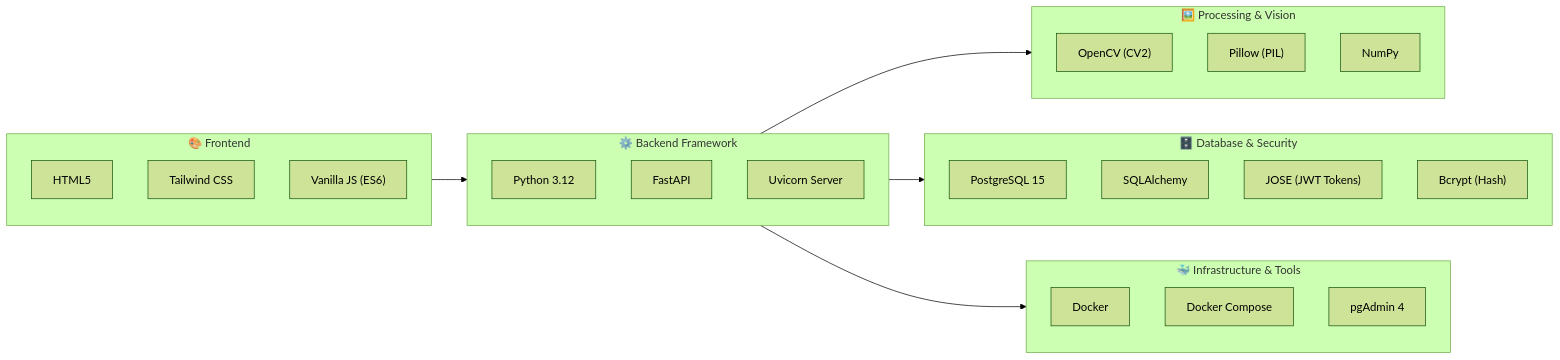
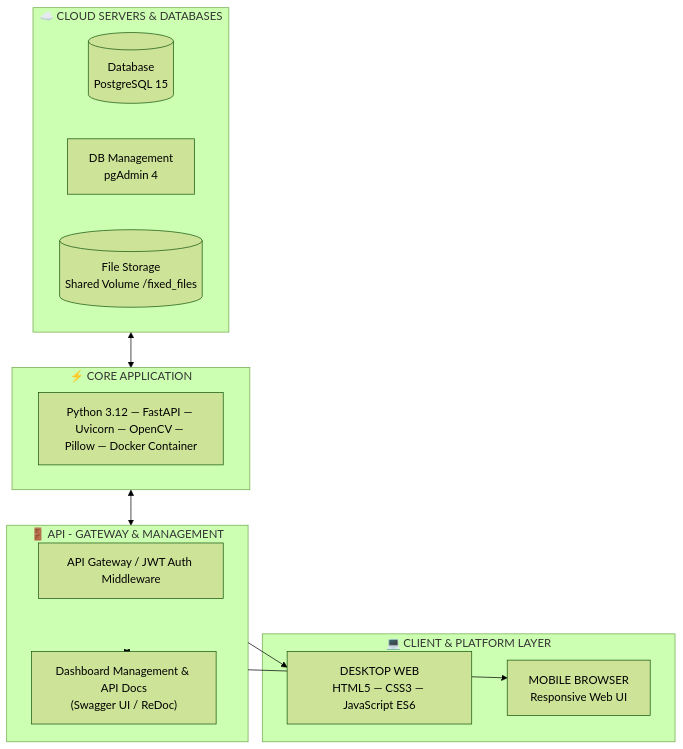
Before and after one commit to 67160330/PassPrint: the second of 2 diagrams in PassPrint Ai/README.md, drawn with Mermaid (forest theme). The commit also changed other lines of this file, not shown here.

````diff
--- a/PassPrint Ai/README.md
+++ b/PassPrint Ai/README.md
@@ -214,38 +201,29 @@
 ```mermaid
-flowchart LR
-    subgraph Frontend ["🎨 Frontend"]
-        HTML["HTML5"]
-        CSS["Tailwind CSS"]
-        JS["Vanilla JS (ES6)"]
+graph TB
+    subgraph CLOUD_DB ["☁️ CLOUD SERVERS & DATABASES"]
+        DB[("Database\nPostgreSQL 15")]
+        PgAdmin["DB Management\npgAdmin 4"]
+        Storage[("File Storage\nShared Volume /fixed_files")]
     end
 
-    subgraph Backend ["⚙️ Backend Framework"]
-        Python["Python 3.12"]
-        FastAPI["FastAPI"]
-        Uvicorn["Uvicorn Server"]
+    subgraph CORE_APP ["⚡ CORE APPLICATION"]
+        CoreEngine["Python 3.12 — FastAPI — Uvicorn — OpenCV — Pillow — Docker Container"]
     end
 
-    subgraph Processing ["🖼️ Processing & Vision"]
-        OpenCV["OpenCV (CV2)"]
-        PIL["Pillow (PIL)"]
-        NumPy["NumPy"]
+    subgraph API_GATEWAY ["🚪 API - GATEWAY & MANAGEMENT"]
+        Gateway["API Gateway / JWT Auth Middleware"]
+        Dashboard["Dashboard Management & API Docs\n(Swagger UI / ReDoc)"]
     end
 
-    subgraph Database ["🗄️ Database & Security"]
-        Postgres["PostgreSQL 15"]
-        SQLAlchemy["SQLAlchemy"]
-        JWT["JOSE (JWT Tokens)"]
-        Bcrypt["Bcrypt (Hash)"]
+    subgraph CLIENTS ["💻 CLIENT & PLATFORM LAYER"]
+        Desktop["DESKTOP WEB\nHTML5 — CSS3 — JavaScript ES6"]
+        Mobile["MOBILE BROWSER\nResponsive Web UI"]
     end
 
-    subgraph DevOps ["🐳 Infrastructure & Tools"]
-        Docker["Docker"]
-        DockerCompose["Docker Compose"]
-        pgAdmin["pgAdmin 4"]
-    end
-
-    Frontend --> Backend
-    Backend --> Processing
-    Backend --> Database
-    Backend --> DevOps
+    %% Flow Connections
+    CLOUD_DB <--> CORE_APP
+    CORE_APP <--> API_GATEWAY
+    API_GATEWAY --> Desktop
+    API_GATEWAY --> Mobile
+    API_GATEWAY <--> Dashboard
 ```
````
